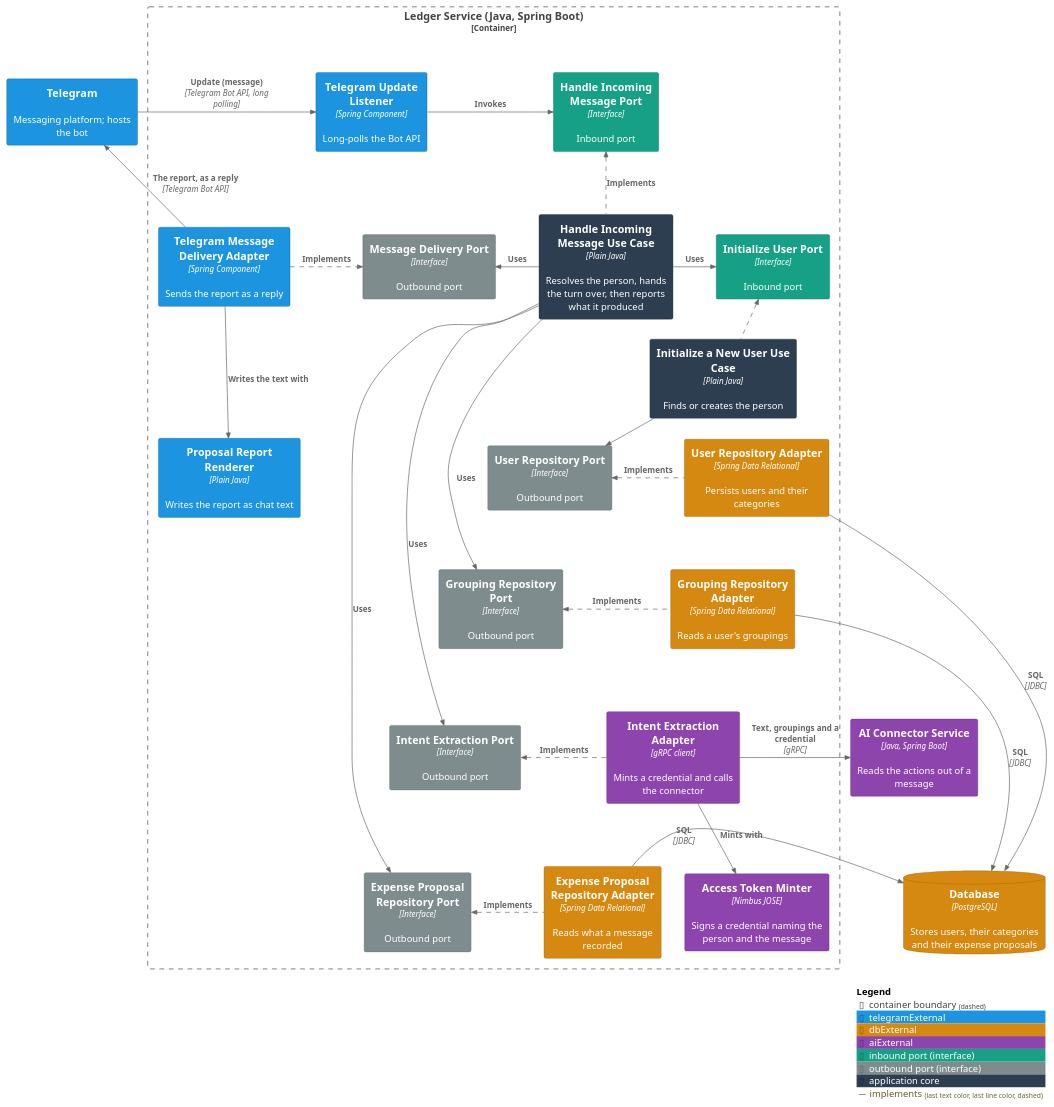
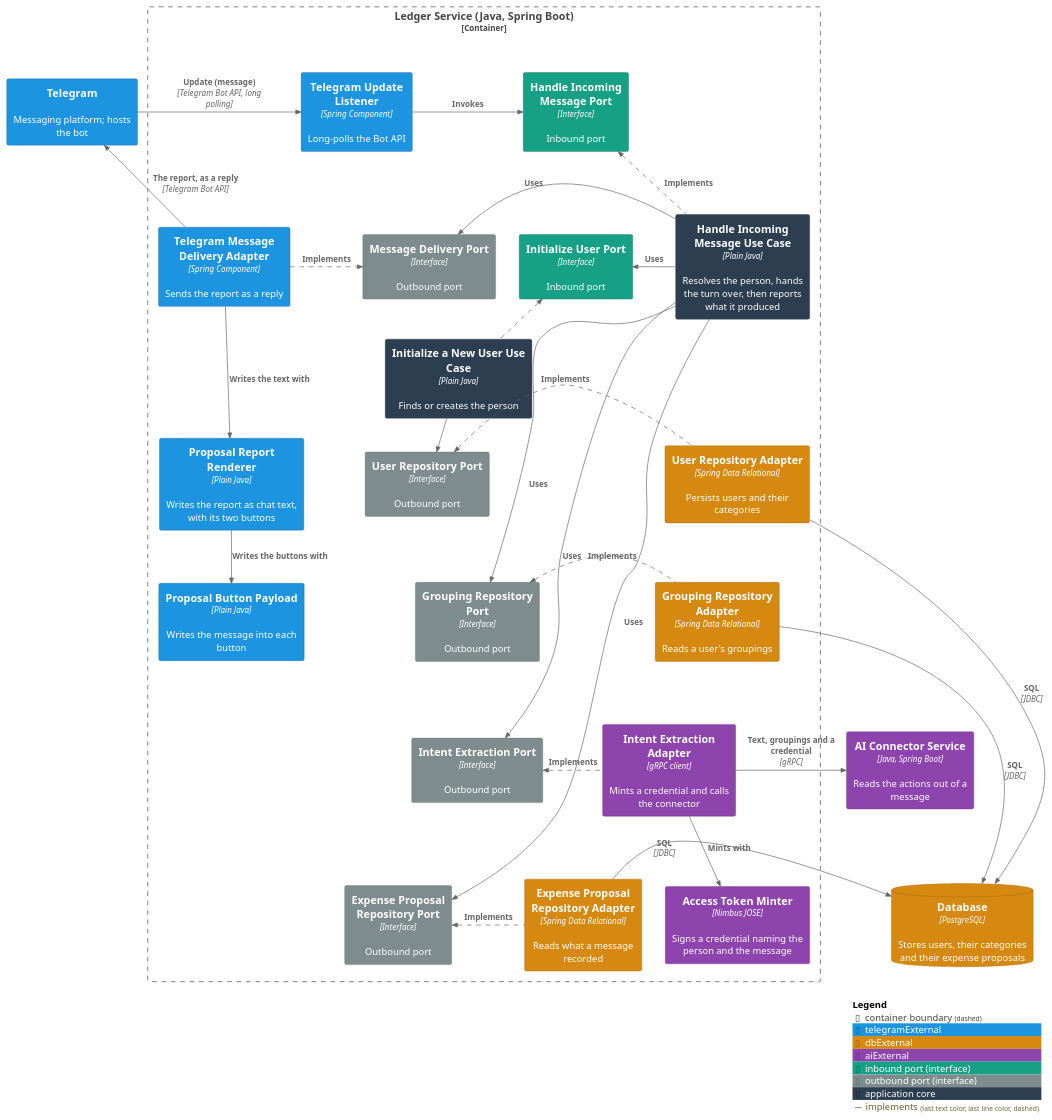
The first of 2 diagrams in ledger-service/docs/usecases/handle-incoming-message.md (ds-usova/finance-bot), drawn with PlantUML before and after one commit. The commit also changed other lines of this file and 88 other files, not shown here.

````diff
--- a/ledger-service/docs/usecases/handle-incoming-message.md
+++ b/ledger-service/docs/usecases/handle-incoming-message.md
@@ -84,69 +88,71 @@
 ```plantuml
 @startuml C3-Component-ActOnUserMessage
 !include <C4/C4_Component>
 
 AddElementTag("telegramExternal", $bgColor="#1c94e0", $fontColor="#ffffff", $borderColor="#125d8c")
 AddElementTag("dbExternal", $bgColor="#d68910", $fontColor="#ffffff", $borderColor="#8f5c0a")
 AddElementTag("aiExternal", $bgColor="#8e44ad", $fontColor="#ffffff", $borderColor="#5b2c6f")
 AddElementTag("portIn", $bgColor="#16a085", $fontColor="#ffffff", $borderColor="#0e6655", $legendText="inbound port (interface)")
 AddElementTag("portOut", $bgColor="#7f8c8d", $fontColor="#ffffff", $borderColor="#566573", $legendText="outbound port (interface)")
 AddElementTag("core", $bgColor="#2c3e50", $fontColor="#ffffff", $borderColor="#1b2631", $legendText="application core")
 AddRelTag("implements", $lineStyle="dashed")
 
 System_Ext(telegram, "Telegram", "Messaging platform; hosts the bot", $tags="telegramExternal")
 
 Container_Boundary(ledger, "Ledger Service (Java, Spring Boot)") {
   Component(telegramListener, "Telegram Update Listener", "Spring Component", "Long-polls the Bot API", $tags="telegramExternal")
   Component(handleMessagePort, "Handle Incoming Message Port", "Interface", "Inbound port", $tags="portIn")
   Component(handleMessageService, "Handle Incoming Message Use Case", "Plain Java", "Resolves the person, hands the turn over, then reports what it produced", $tags="core")
   Component(initializeUserPort, "Initialize User Port", "Interface", "Inbound port", $tags="portIn")
   Component(initializeUserService, "Initialize a New User Use Case", "Plain Java", "Finds or creates the person", $tags="core")
   Component(userRepositoryPort, "User Repository Port", "Interface", "Outbound port", $tags="portOut")
   Component(groupingRepositoryPort, "Grouping Repository Port", "Interface", "Outbound port", $tags="portOut")
   Component(intentExtractionPort, "Intent Extraction Port", "Interface", "Outbound port", $tags="portOut")
   Component(proposalRepositoryPort, "Expense Proposal Repository Port", "Interface", "Outbound port", $tags="portOut")
   Component(messageDeliveryPort, "Message Delivery Port", "Interface", "Outbound port", $tags="portOut")
   Component(userRepositoryAdapter, "User Repository Adapter", "Spring Data Relational", "Persists users and their categories", $tags="dbExternal")
   Component(groupingRepositoryAdapter, "Grouping Repository Adapter", "Spring Data Relational", "Reads a user's groupings", $tags="dbExternal")
   Component(proposalRepositoryAdapter, "Expense Proposal Repository Adapter", "Spring Data Relational", "Reads what a message recorded", $tags="dbExternal")
   Component(intentExtractionAdapter, "Intent Extraction Adapter", "gRPC client", "Mints a credential and calls the connector", $tags="aiExternal")
   Component(tokenMinter, "Access Token Minter", "Nimbus JOSE", "Signs a credential naming the person and the message", $tags="aiExternal")
   Component(deliveryAdapter, "Telegram Message Delivery Adapter", "Spring Component", "Sends the report as a reply", $tags="telegramExternal")
-  Component(reportRenderer, "Proposal Report Renderer", "Plain Java", "Writes the report as chat text", $tags="telegramExternal")
+  Component(reportRenderer, "Proposal Report Renderer", "Plain Java", "Writes the report as chat text, with its two buttons", $tags="telegramExternal")
+  Component(buttonPayload, "Proposal Button Payload", "Plain Java", "Writes the message into each button", $tags="telegramExternal")
 }
 
 ContainerDb(db, "Database", "PostgreSQL", "Stores users, their categories and their expense proposals", $tags="dbExternal")
 Container(connector, "AI Connector Service", "Java, Spring Boot", "Reads the actions out of a message", $tags="aiExternal")
 
 Rel_R(telegram, telegramListener, "Update (message)", "Telegram Bot API, long polling")
 Rel_R(telegramListener, handleMessagePort, "Invokes")
 Rel_L(handleMessageService, handleMessagePort, "Implements", $tags="implements")
 Rel_R(handleMessageService, initializeUserPort, "Uses")
 Rel_L(initializeUserService, initializeUserPort, "Implements", $tags="implements")
 Rel_R(initializeUserService, userRepositoryPort, "Uses")
 Rel_R(handleMessageService, groupingRepositoryPort, "Uses")
 Rel_R(handleMessageService, intentExtractionPort, "Uses")
 Rel_R(handleMessageService, proposalRepositoryPort, "Uses")
 Rel_L(handleMessageService, messageDeliveryPort, "Uses")
 Rel_L(userRepositoryAdapter, userRepositoryPort, "Implements", $tags="implements")
 Rel_L(groupingRepositoryAdapter, groupingRepositoryPort, "Implements", $tags="implements")
 Rel_L(proposalRepositoryAdapter, proposalRepositoryPort, "Implements", $tags="implements")
 Rel_L(intentExtractionAdapter, intentExtractionPort, "Implements", $tags="implements")
 Rel_R(deliveryAdapter, messageDeliveryPort, "Implements", $tags="implements")
 Rel_D(intentExtractionAdapter, tokenMinter, "Mints with")
 Rel_D(deliveryAdapter, reportRenderer, "Writes the text with")
+Rel_D(reportRenderer, buttonPayload, "Writes the buttons with")
 Rel_R(userRepositoryAdapter, db, "SQL", "JDBC")
 Rel_R(groupingRepositoryAdapter, db, "SQL", "JDBC")
 Rel_R(proposalRepositoryAdapter, db, "SQL", "JDBC")
 Rel_R(intentExtractionAdapter, connector, "Text, groupings and a credential", "gRPC")
 Rel_U(deliveryAdapter, telegram, "The report, as a reply", "Telegram Bot API")
 
 Lay_D(handleMessagePort, initializeUserPort)
 Lay_D(initializeUserPort, userRepositoryPort)
 Lay_D(userRepositoryPort, groupingRepositoryPort)
 Lay_D(groupingRepositoryPort, intentExtractionPort)
 Lay_D(intentExtractionPort, proposalRepositoryPort)
 
 SHOW_LEGEND()
 @enduml
 ```
````
